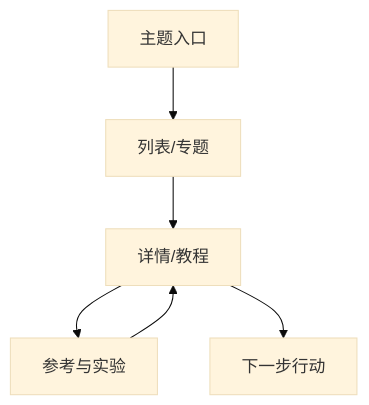
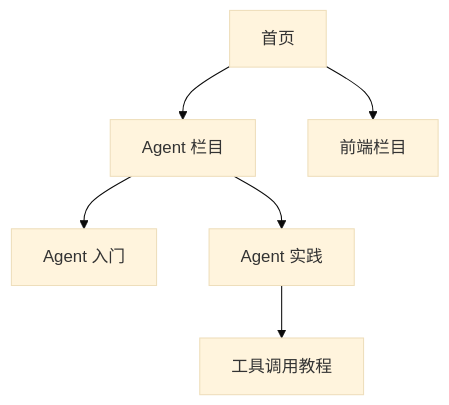
One commit to upJiang/jiang-blog-vitepress changed the diagram in docs/seo/site-architecture-url-internal-links.md. Above: the diagram before and after it, drawn with Mermaid (base theme). The commit also changed other lines of this file and 164 other files, not shown here.

````diff
--- a/docs/seo/site-architecture-url-internal-links.md
+++ b/docs/seo/site-architecture-url-internal-links.md
@@ -19,8 +21,8 @@
 ```mermaid
 flowchart TD
-  H[主题入口] --> L[列表/专题]
-  L --> D[详情/教程]
-  D --> R[参考与实验]
-  D --> A[下一步行动]
-  R --> D
+  A[首页] --> B[Agent 栏目]
+  A --> C[前端栏目]
+  B --> D[Agent 入门]
+  B --> E[Agent 实践]
+  E --> F[工具调用教程]
 ```
````
